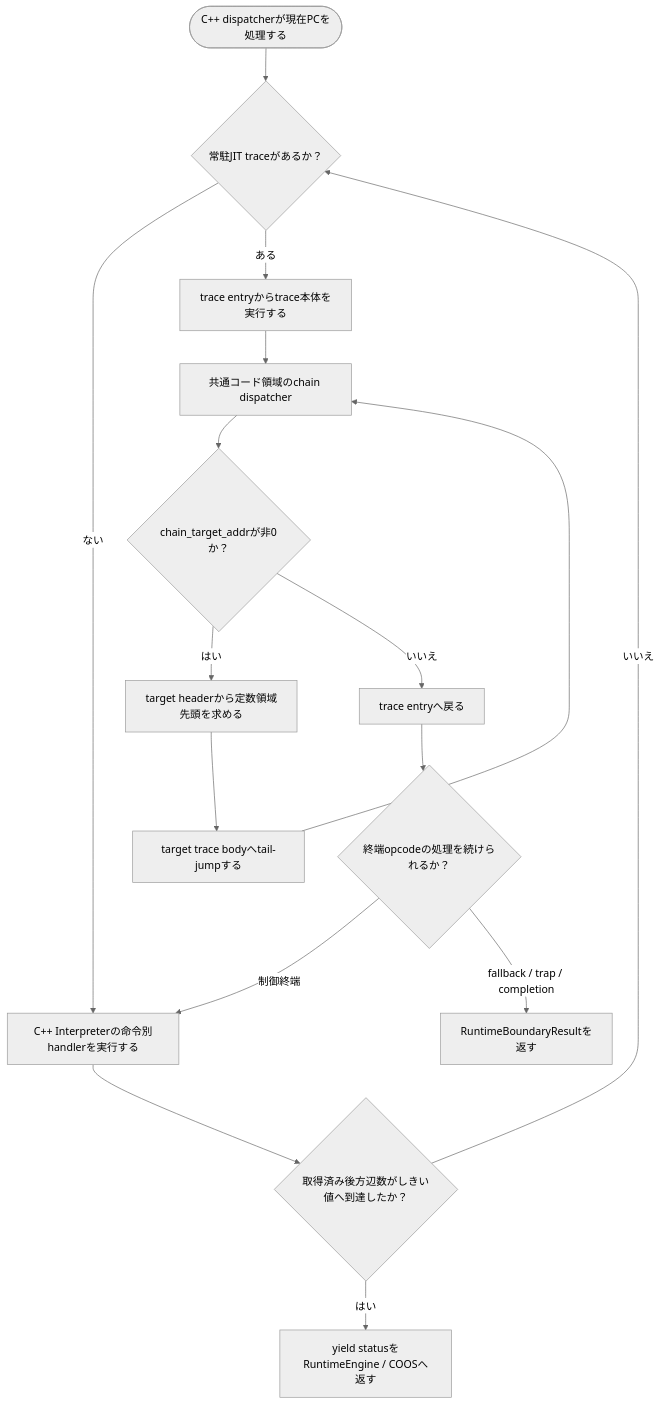
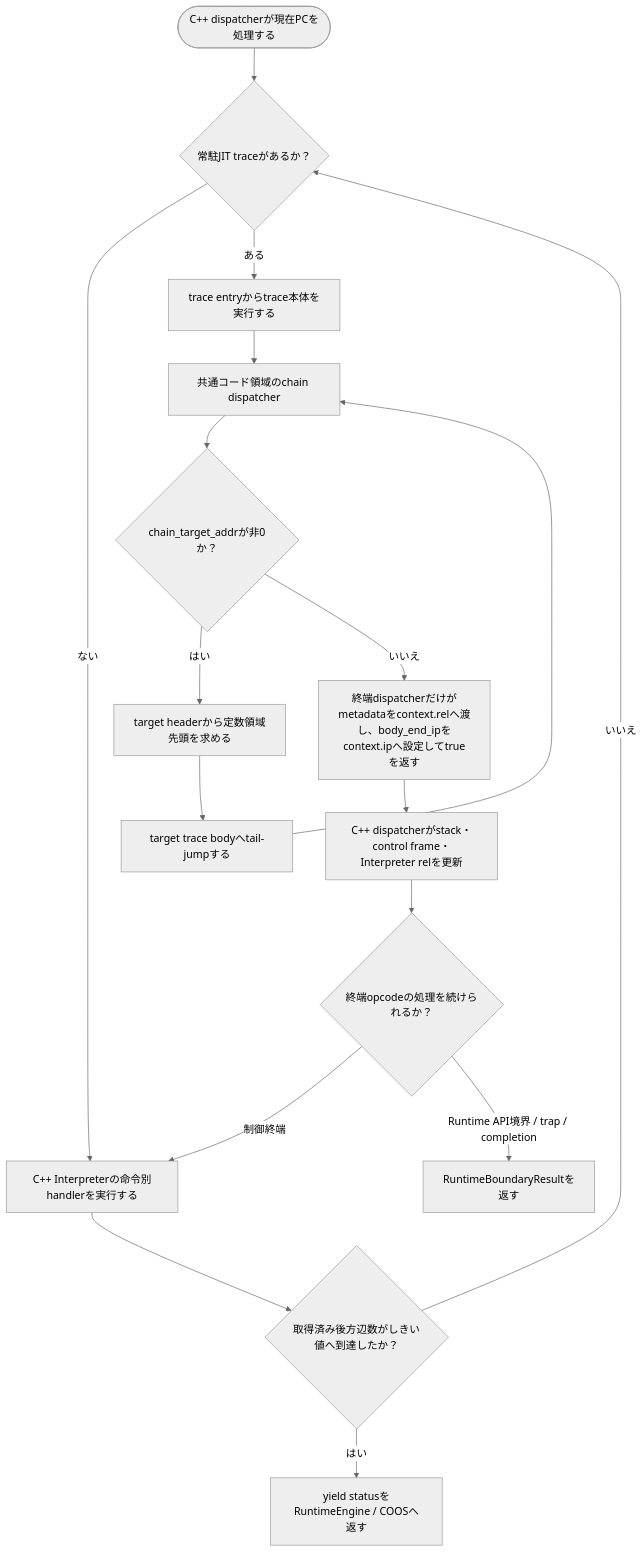
The sixth of 6 diagrams in docs/components/tier3_plugins/jit_runtime.md (kmt-t/fireball), drawn with Mermaid (neutral theme) before and after one commit. The commit also changed other lines of this file and 74 other files, not shown here.

First line of the commit message:
refactor(runtime): align interpreter and JIT block execution

````diff
--- a/docs/components/tier3_plugins/jit_runtime.md
+++ b/docs/components/tier3_plugins/jit_runtime.md
@@ -323,18 +320,19 @@
 ```mermaid
 flowchart TD
     Start(["C++ dispatcherが現在PCを処理する"]) --> Lookup{"常駐JIT traceがあるか？"}
     Lookup -- "ない" --> Handler["C++ Interpreterの命令別handlerを実行する"]
     Lookup -- "ある" --> Entry["trace entryからtrace本体を実行する"]
     Entry --> Chain["共通コード領域のchain dispatcher"]
     Chain --> Target{"chain_target_addrが非0か？"}
     Target -- "はい" --> Rel["target headerから定数領域先頭を求める"]
     Rel --> Body["target trace bodyへtail-jumpする"]
     Body --> Chain
-    Target -- "いいえ" --> Return["trace entryへ戻る"]
-    Return --> Terminator{"終端opcodeの処理を続けられるか？"}
+    Target -- "いいえ" --> Return["終端dispatcherだけがmetadataをcontext.relへ渡し、body_end_ipをcontext.ipへ設定してtrueを返す"]
+    Return --> Setup["C++ dispatcherがstack・control frame・Interpreter relを更新"]
+    Setup --> Terminator{"終端opcodeの処理を続けられるか？"}
     Terminator -- "制御終端" --> Handler
-    Terminator -- "fallback / trap / completion" --> Boundary["RuntimeBoundaryResultを返す"]
+    Terminator -- "Runtime API境界 / trap / completion" --> Boundary["RuntimeBoundaryResultを返す"]
     Handler --> Backedge{"取得済み後方辺数がしきい値へ到達したか？"}
     Backedge -- "はい" --> Yield["yield statusをRuntimeEngine / COOSへ返す"]
     Backedge -- "いいえ" --> Lookup
 ```
````
